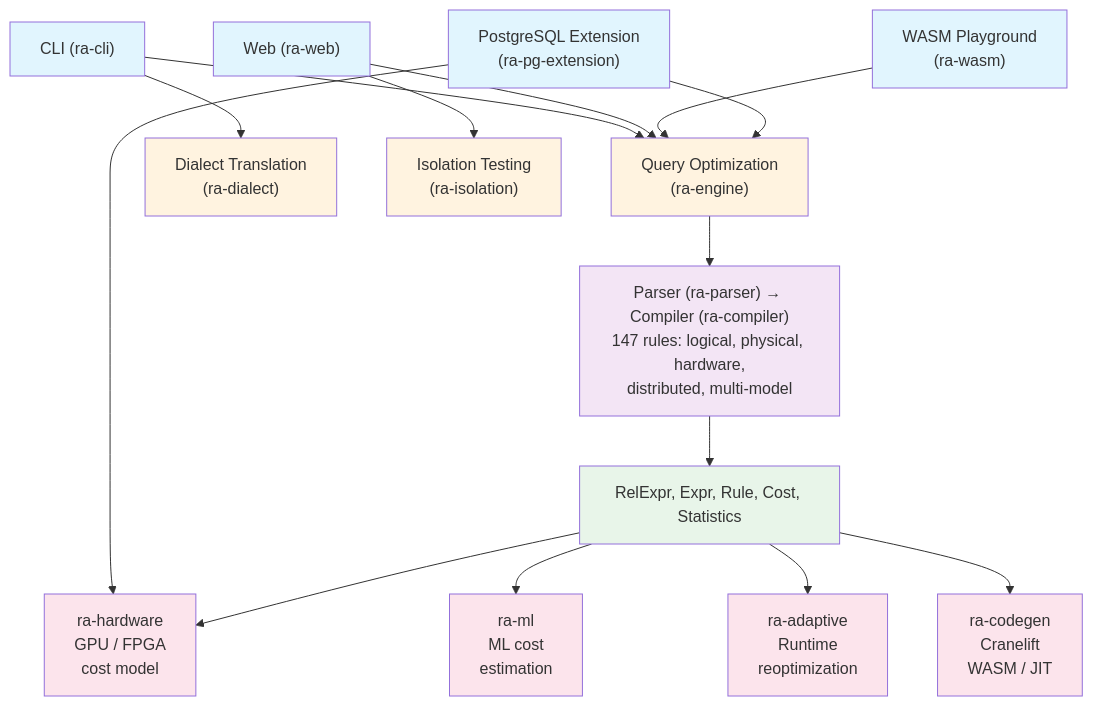
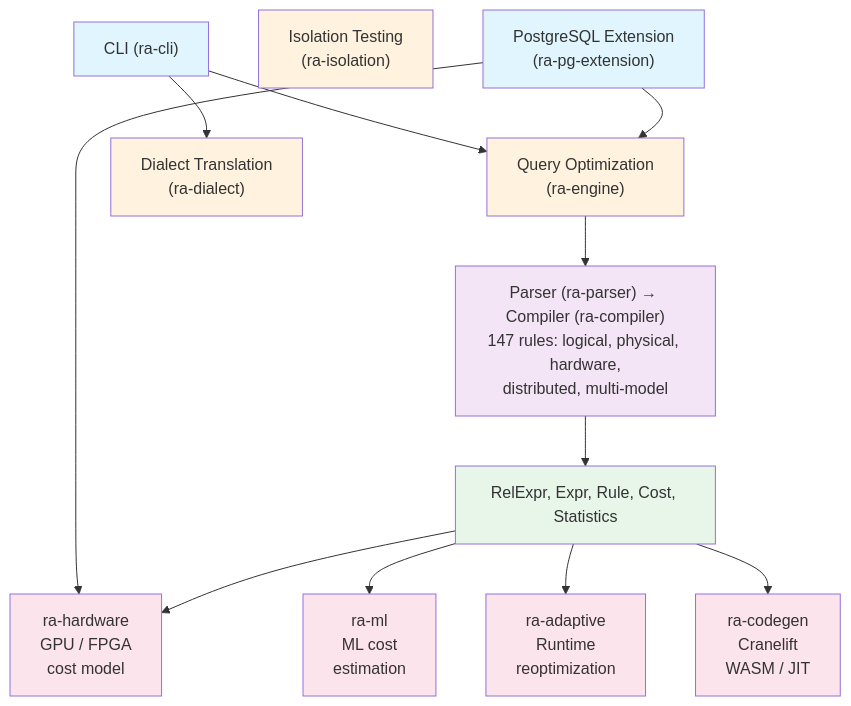
Before and after one commit to gburd/ra: the first of 7 diagrams in docs/features/platform-architecture.md, drawn with Mermaid. The commit also changed other lines of this file and 49 other files, not shown here.

First line of the commit message:
update documentation for layered architecture reorganization

````diff
--- a/docs/features/platform-architecture.md
+++ b/docs/features/platform-architecture.md
@@ -13,49 +13,42 @@
 ```mermaid
 graph TD
     CLI["CLI (ra-cli)"]
-    Web["Web (ra-web)"]
-    WASM["WASM Playground<br/>(ra-wasm)"]
 
     Engine["Query Optimization<br/>(ra-engine)"]
     Dialect["Dialect Translation<br/>(ra-dialect)"]
     Isolation["Isolation Testing<br/>(ra-isolation)"]
 
     PipelineDesc["Parser (ra-parser) → Compiler (ra-compiler)<br/>147 rules: logical, physical, hardware,<br/>distributed, multi-model"]
 
     CoreDesc["RelExpr, Expr, Rule, Cost, Statistics"]
 
     HW["ra-hardware<br/>GPU / FPGA<br/>cost model"]
     ML["ra-ml<br/>ML cost<br/>estimation"]
     Adapt["ra-adaptive<br/>Runtime<br/>reoptimization"]
     Codegen["ra-codegen<br/>Cranelift<br/>WASM / JIT"]
 
     PGExt["PostgreSQL Extension<br/>(ra-pg-extension)"]
 
     CLI --> Engine
     CLI --> Dialect
-    Web --> Engine
-    Web --> Isolation
-    WASM --> Engine
     PGExt --> Engine
     PGExt --> HW
     Engine --> PipelineDesc
     PipelineDesc --> CoreDesc
     CoreDesc --> HW
     CoreDesc --> ML
     CoreDesc --> Adapt
     CoreDesc --> Codegen
 
     style CLI fill:#e1f5fe
-    style Web fill:#e1f5fe
-    style WASM fill:#e1f5fe
     style PGExt fill:#e1f5fe
     style Engine fill:#fff3e0
     style Dialect fill:#fff3e0
     style Isolation fill:#fff3e0
     style PipelineDesc fill:#f3e5f5
     style CoreDesc fill:#e8f5e9
     style HW fill:#fce4ec
     style ML fill:#fce4ec
     style Adapt fill:#fce4ec
     style Codegen fill:#fce4ec
 ```
````
